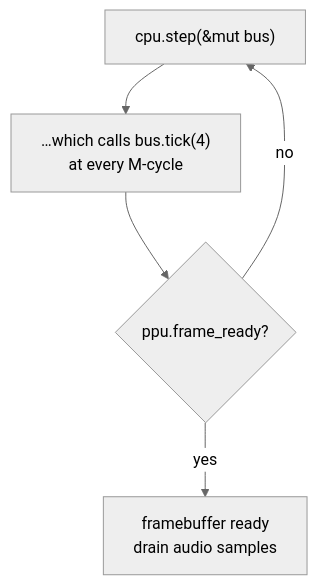
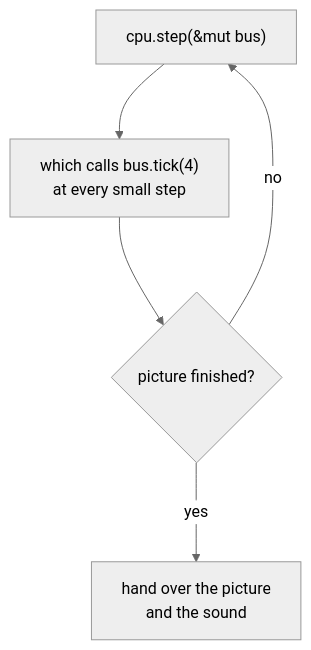
Before and after one commit to dudustri/rustboy-color: diagram 14 of 16 in docs/architecture.md, drawn with Mermaid (neutral theme). The commit also changed other lines of this file and 17 other files, not shown here.

````diff
--- a/docs/architecture.md
+++ b/docs/architecture.md
@@ -361,7 +388,8 @@
 ```mermaid
+%%{init: {"flowchart": {"nodeSpacing": 50, "rankSpacing": 75}}}%%
 flowchart TB
-    L1["cpu.step(&mut bus)"] --> L2["…which calls bus.tick(4)<br/>at every M-cycle"]
-    L2 --> L3{"ppu.frame_ready?"}
+    L1["cpu.step(&mut bus)"] --> L2["which calls bus.tick(4)<br/>at every small step"]
+    L2 --> L3{"picture finished?"}
     L3 -- no --> L1
-    L3 -- yes --> L4["framebuffer ready<br/>drain audio samples"]
+    L3 -- yes --> L4["hand over the picture<br/>and the sound"]
 ```
````
